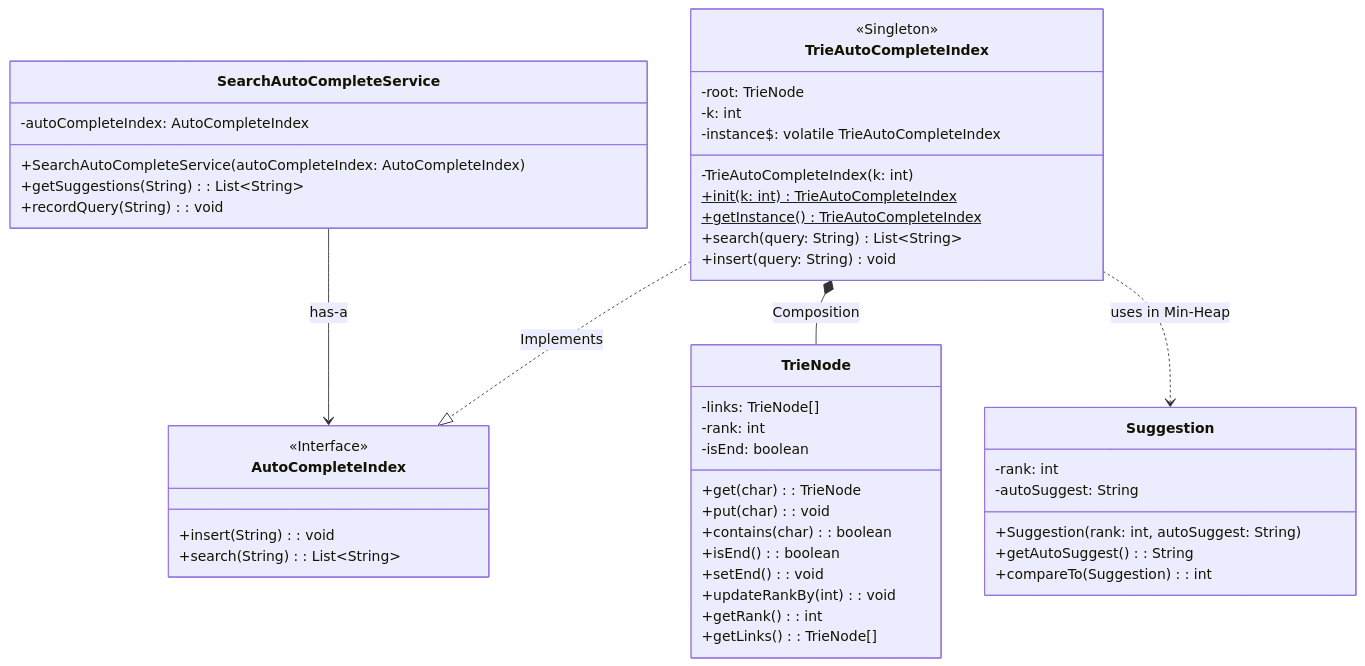
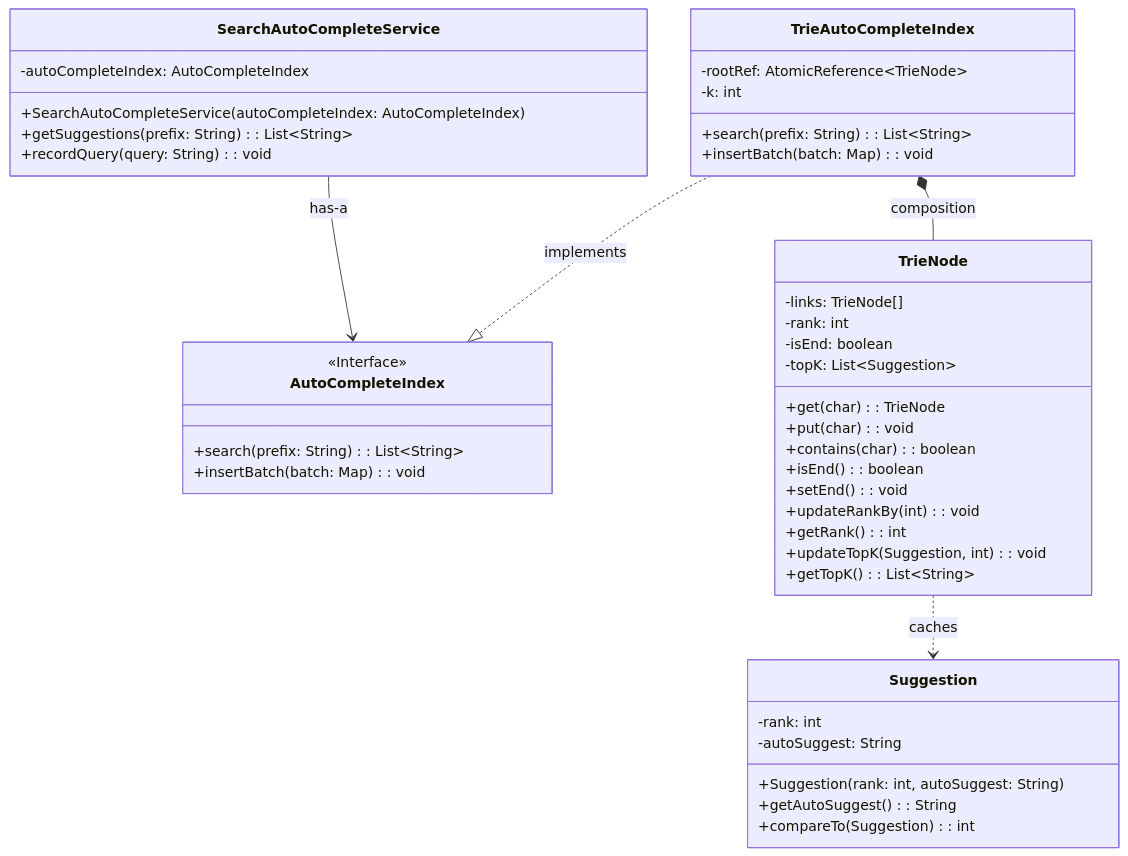
The first of 6 diagrams in apps/web/src/content/lld/search-auto-complete.md (JyotimoyKashyap/system-design-labs), drawn with Mermaid before and after one commit. The commit also changed other lines of this file and 3 other files, not shown here.

````diff
--- a/apps/web/src/content/lld/search-auto-complete.md
+++ b/apps/web/src/content/lld/search-auto-complete.md
@@ -104,54 +116,51 @@
 ```mermaid
 classDiagram
     class AutoCompleteIndex {
         <<Interface>>
-        +insert(String): void
-        +search(String): List~String~
+        +search(prefix: String): List~String~
+        +insertBatch(batch: Map): void
     }
 
     class SearchAutoCompleteService {
         -autoCompleteIndex: AutoCompleteIndex
         +SearchAutoCompleteService(autoCompleteIndex: AutoCompleteIndex)
-        +getSuggestions(String): List~String~
-        +recordQuery(String): void
+        +getSuggestions(prefix: String): List~String~
+        +recordQuery(query: String): void
     }
 
     class TrieAutoCompleteIndex {
-        <<Singleton>>
-        -root: TrieNode
+        -rootRef: AtomicReference~TrieNode~
         -k: int
-        -instance$: volatile TrieAutoCompleteIndex
-        -TrieAutoCompleteIndex(k: int)
-        +init(k: int)$ TrieAutoCompleteIndex
-        +getInstance()$ TrieAutoCompleteIndex
-        +search(query: String) List~String~
-        +insert(query: String) void
+        +search(prefix: String): List~String~
+        +insertBatch(batch: Map): void
     }
 
     class TrieNode {
         -links: TrieNode[]
         -rank: int
         -isEnd: boolean
+        -topK: List~Suggestion~
         +get(char): TrieNode
         +put(char): void
         +contains(char): boolean
         +isEnd(): boolean
         +setEnd(): void
         +updateRankBy(int): void
         +getRank(): int
-        +getLinks(): TrieNode[]
+        +updateTopK(Suggestion, int): void
+        +getTopK(): List~String~
     }
 
     class Suggestion {
         -rank: int
         -autoSuggest: String
         +Suggestion(rank: int, autoSuggest: String)
         +getAutoSuggest(): String
         +compareTo(Suggestion): int
     }
 
     SearchAutoCompleteService --> AutoCompleteIndex : has-a
-    TrieAutoCompleteIndex ..|> AutoCompleteIndex : Implements
-    TrieAutoCompleteIndex *-- TrieNode : Composition
-    TrieAutoCompleteIndex ..> Suggestion : uses in Min-Heap
+    TrieAutoCompleteIndex ..|> AutoCompleteIndex : implements
+    TrieAutoCompleteIndex *-- TrieNode : composition
+    TrieNode ..> Suggestion : caches
 ```
````
